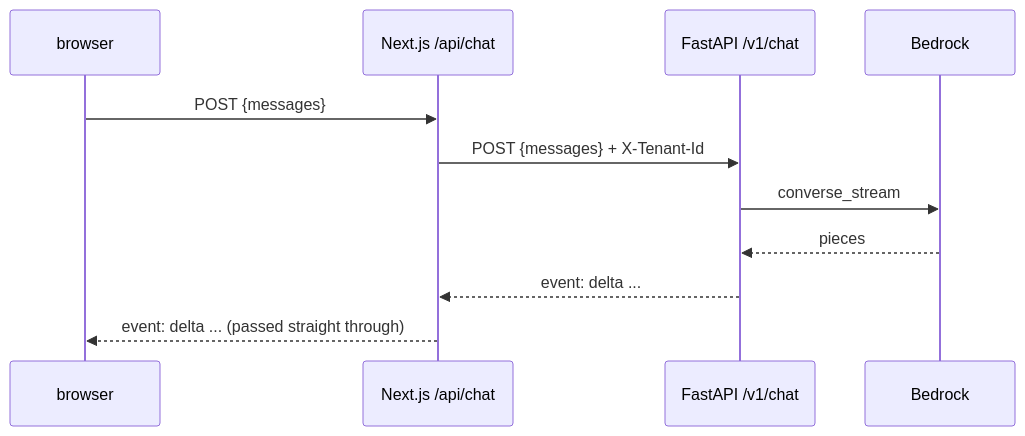
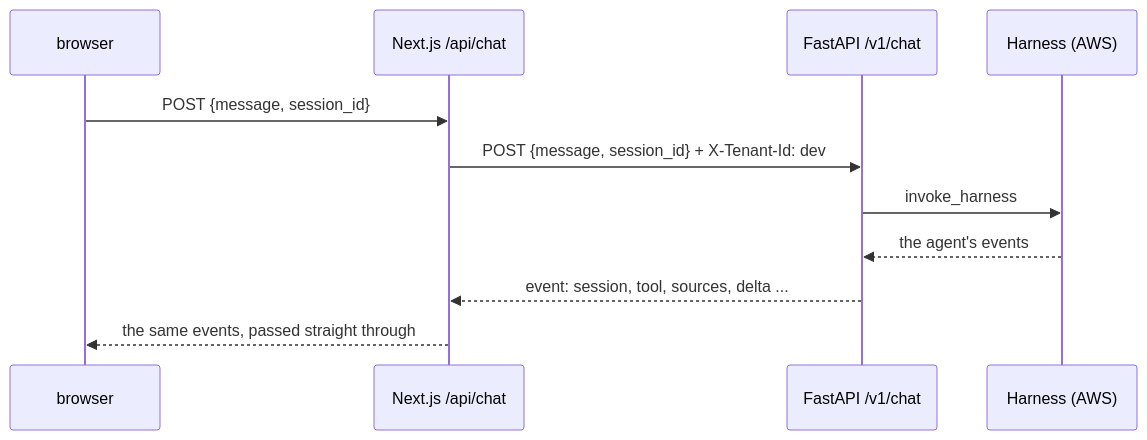
Before and after one commit to yashzord/Docs_Copilot: the fourth of 5 diagrams in docs/learning/web.md, drawn with Mermaid. The commit also changed other lines of this file and 10 other files, not shown here.

````diff
--- a/docs/learning/web.md
+++ b/docs/learning/web.md
@@ -435,13 +483,13 @@
 ```mermaid
 sequenceDiagram
     participant Br as browser
     participant N as Next.js /api/chat
     participant F as FastAPI /v1/chat
-    participant Bd as Bedrock
-    Br->>N: POST {messages}
-    N->>F: POST {messages} + X-Tenant-Id
-    F->>Bd: converse_stream
-    Bd-->>F: pieces
-    F-->>N: event: delta ...
-    N-->>Br: event: delta ... (passed straight through)
+    participant H as Harness (AWS)
+    Br->>N: POST {message, session_id}
+    N->>F: POST {message, session_id} + X-Tenant-Id: dev
+    F->>H: invoke_harness
+    H-->>F: the agent's events
+    F-->>N: event: session, tool, sources, delta ...
+    N-->>Br: the same events, passed straight through
 ```
````
